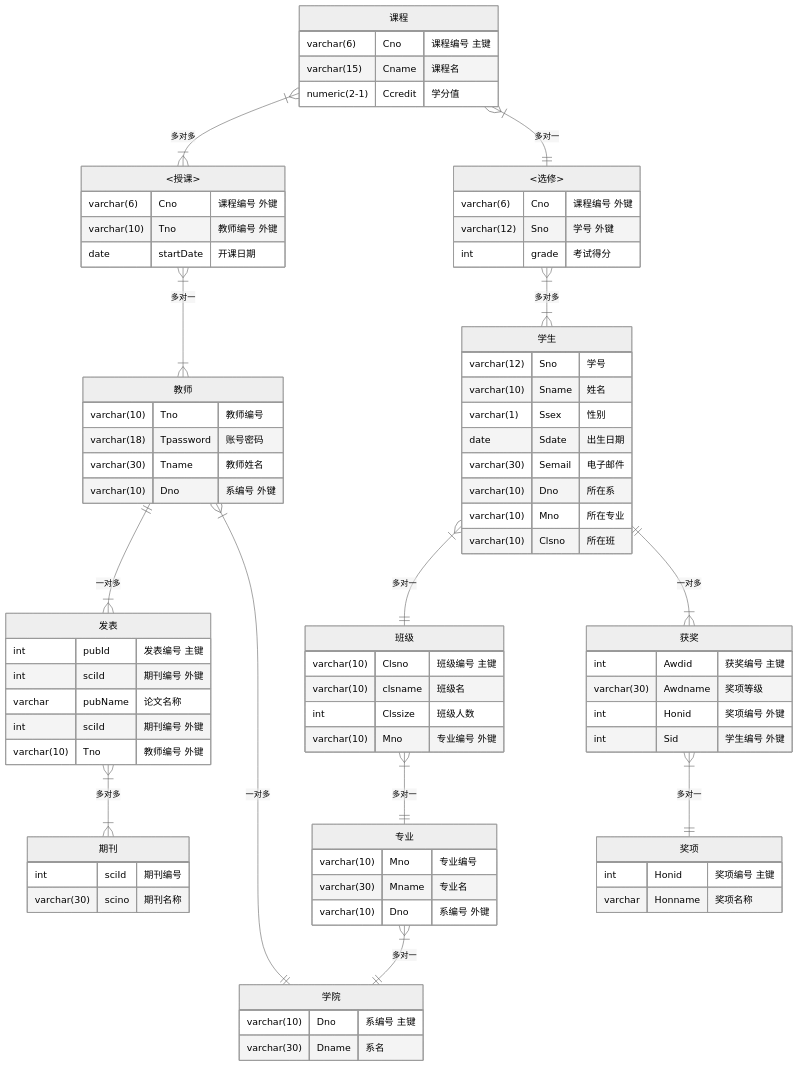
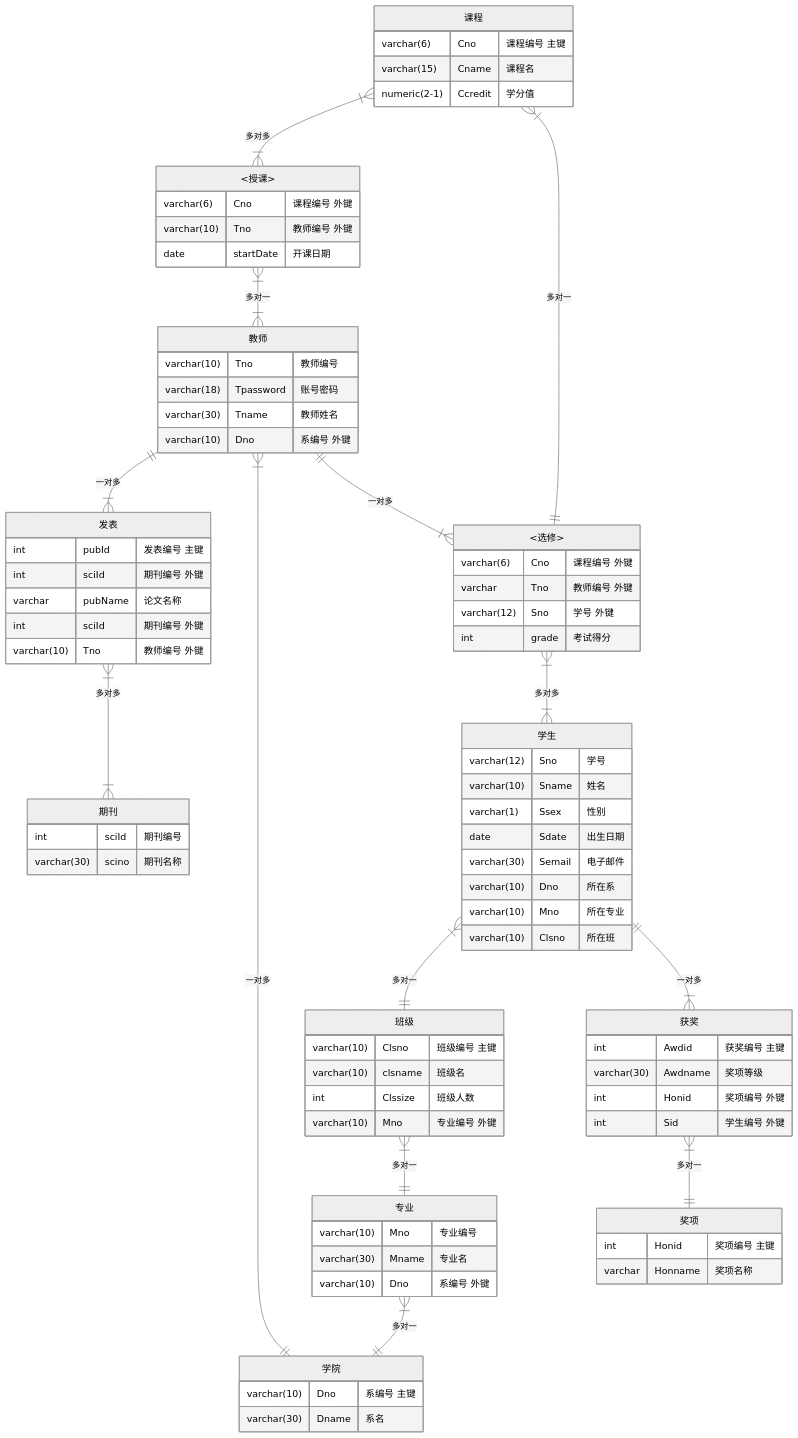
One commit to dreamyunight/SmsDB_PHP changed the diagram in README.md. Above: the diagram before and after it, drawn with Mermaid (neutral theme). The commit also changed other lines of this file and 10 other files, not shown here.

````diff
--- a/README.md
+++ b/README.md
@@ -184,6 +189,7 @@
     }
     electives["<选修>"] {
         varchar(6) Cno "课程编号 外键"
+        varchar Tno "教师编号 外键"
         varchar(12) Sno "学号 外键"
         int grade "考试得分"
     }
@@ -220,4 +226,5 @@
     electives }|--|{ student : "多对多"
     student ||--|{ awd : "一对多"
     awd }|--|| honors : "多对一"
+    teacher ||--|{ electives : "一对多"
 ```
````
